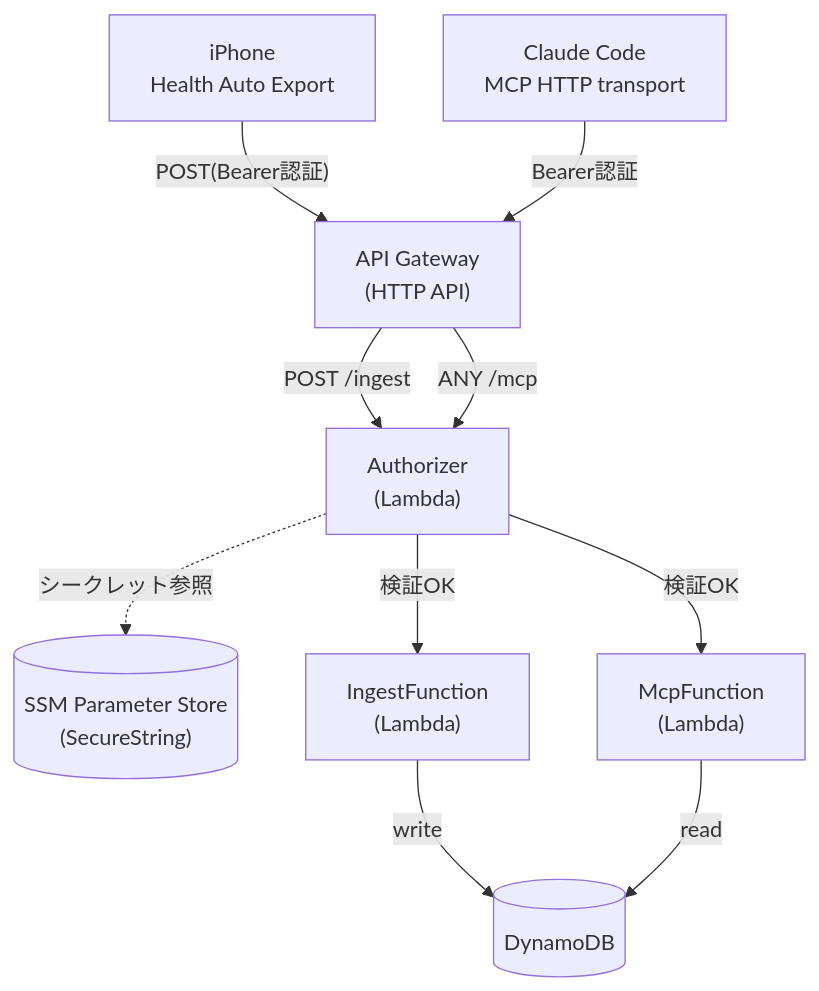
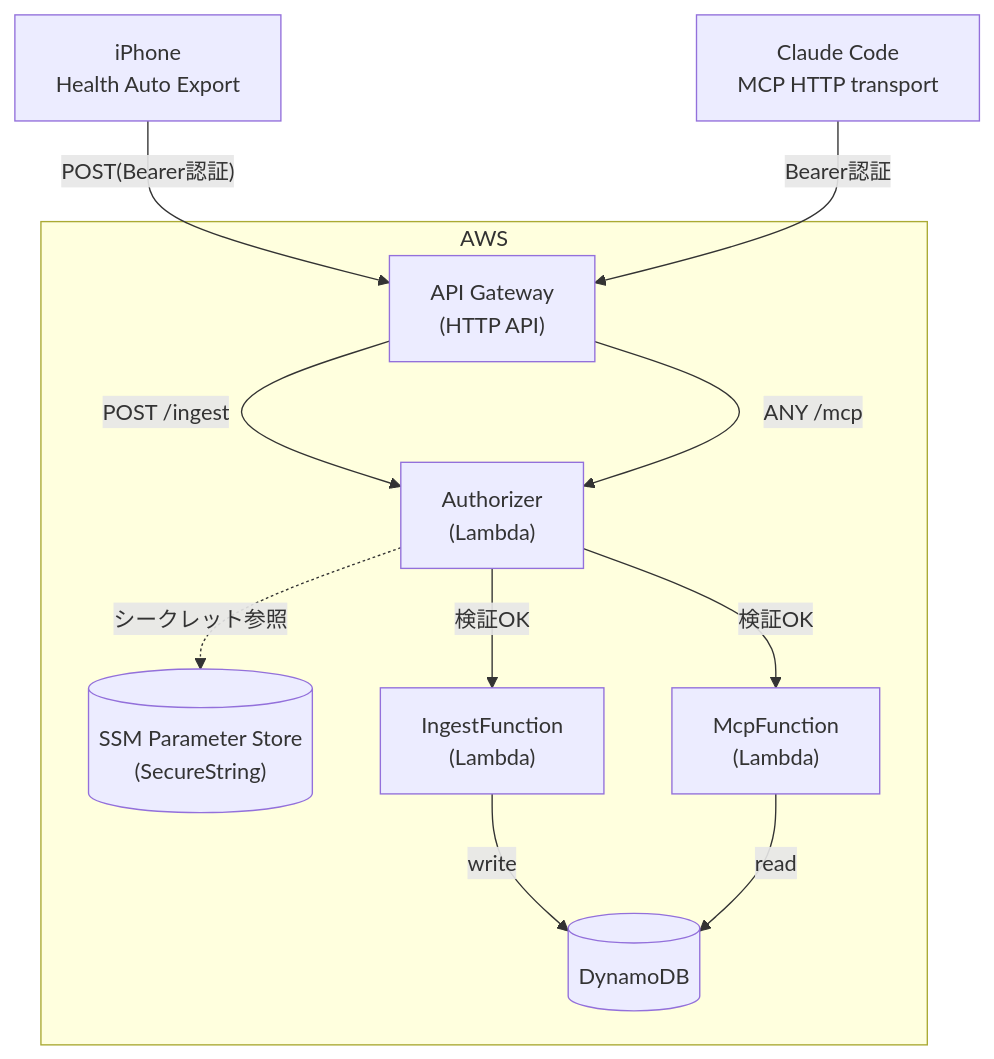
One commit to HitoshiTakaira/applewatch-vitalpipe-mcp-serverless changed the diagram in README.md. Above: the diagram before and after it, drawn with Mermaid.

Commit message:
システム構成図にAWSのサブグラフを追加

````diff
--- a/README.md
+++ b/README.md
@@ -11,24 +11,26 @@
 ```mermaid
 flowchart TD
     iPhone["iPhone<br/>Health Auto Export"]
     ClaudeCode["Claude Code<br/>MCP HTTP transport"]
-    APIGW["API Gateway<br/>(HTTP API)"]
-    Authorizer["Authorizer<br/>(Lambda)"]
-    SSM[("SSM Parameter Store<br/>(SecureString)")]
-    IngestFn["IngestFunction<br/>(Lambda)"]
-    McpFn["McpFunction<br/>(Lambda)"]
-    DynamoDB[("DynamoDB")]
+    subgraph AWS
+        APIGW["API Gateway<br/>(HTTP API)"]
+        Authorizer["Authorizer<br/>(Lambda)"]
+        SSM[("SSM Parameter Store<br/>(SecureString)")]
+        IngestFn["IngestFunction<br/>(Lambda)"]
+        McpFn["McpFunction<br/>(Lambda)"]
+        DynamoDB[("DynamoDB")]
+    end
 
     iPhone -->|"POST(Bearer認証)"| APIGW
     ClaudeCode -->|"Bearer認証"| APIGW
 
     APIGW -->|"POST /ingest"| Authorizer
     APIGW -->|"ANY /mcp"| Authorizer
 
     Authorizer -->|"検証OK"| IngestFn
     Authorizer -->|"検証OK"| McpFn
     Authorizer -.->|"シークレット参照"| SSM
 
     IngestFn -->|write| DynamoDB
     McpFn -->|read| DynamoDB
 ```
````
